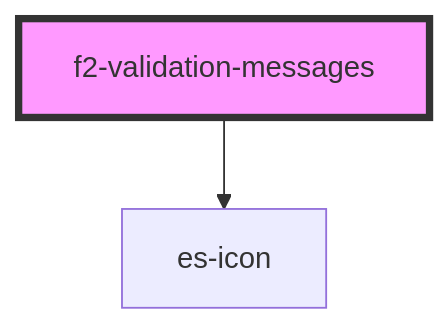
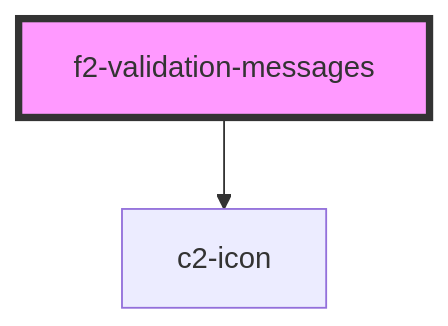
Before and after one commit to EventStore/Design-System: the diagram in packages/fields/src/components/validation-messages/readme.md, drawn with Mermaid. The commit also changed other lines of this file and 512 other files, not shown here.

````diff
--- a/packages/fields/src/components/validation-messages/readme.md
+++ b/packages/fields/src/components/validation-messages/readme.md
@@ -48,5 +48,5 @@
 ```mermaid
 graph TD;
-  f2-validation-messages --> es-icon
+  f2-validation-messages --> c2-icon
   style f2-validation-messages fill:#f9f,stroke:#333,stroke-width:4px
 ```
````
